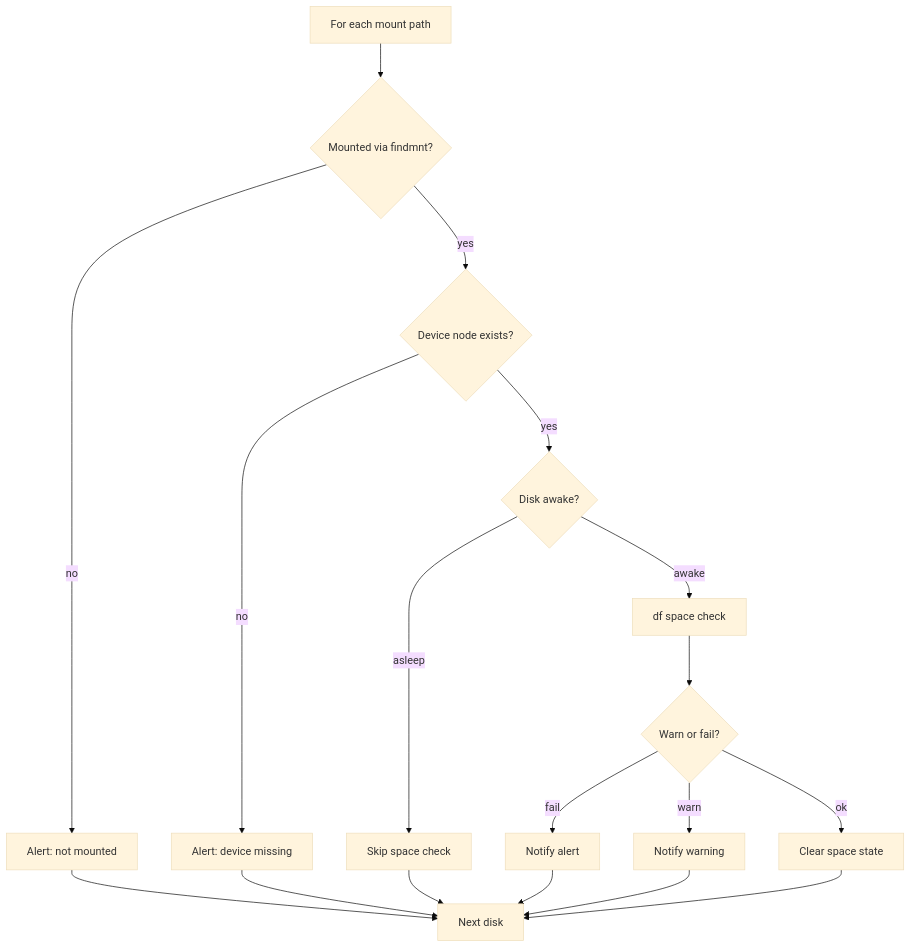
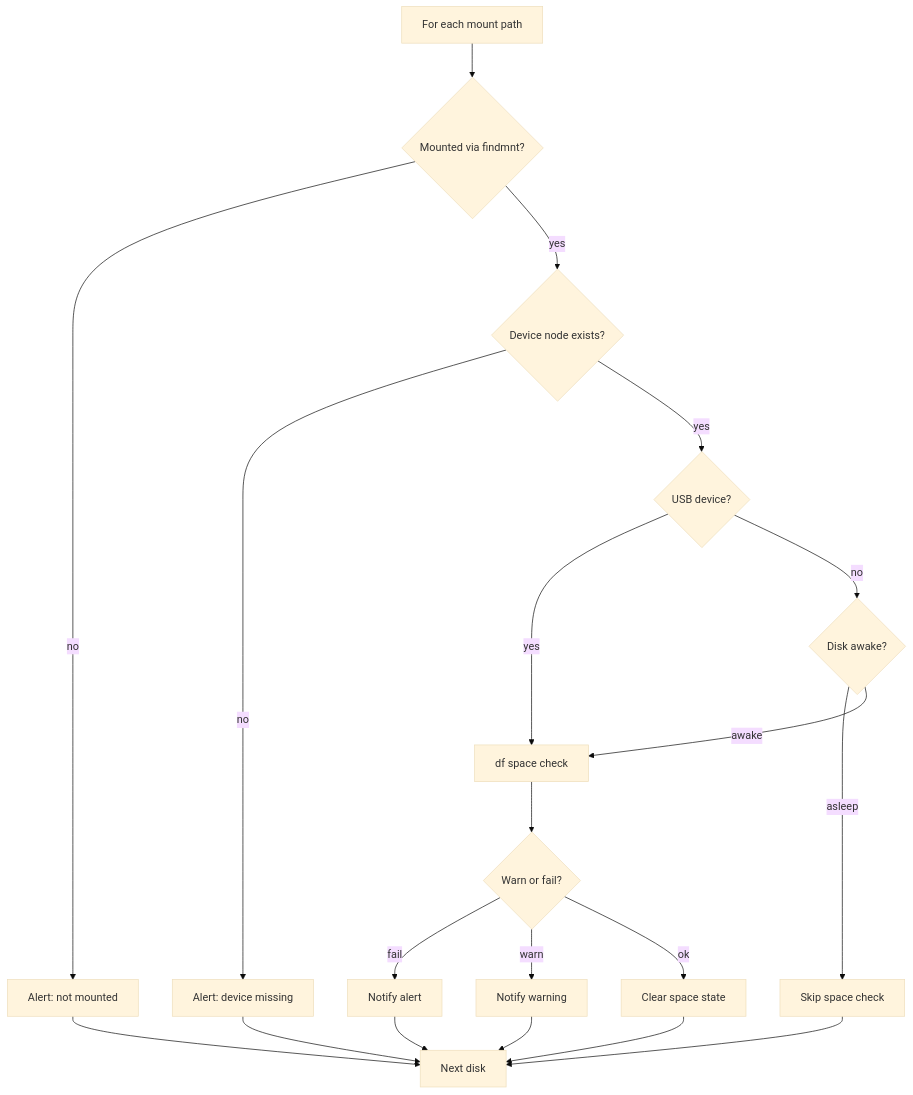
Before and after one commit to jorgenjanssonlee/unraid-unassigned-disks-monitor: the diagram in README.md, drawn with Mermaid (base theme). The commit also changed other lines of this file and 1 other file, not shown here.

First line of the commit message:
Harden USB space checks, remount alerts, and syslog noise.

````diff
--- a/README.md
+++ b/README.md
@@ -106,20 +113,22 @@
 ```mermaid
 flowchart TD
   start[For each mount path] --> mounted{Mounted via findmnt?}
   mounted -->|no| alertMissing[Alert: not mounted]
   mounted -->|yes| device{Device node exists?}
   device -->|no| alertDevice[Alert: device missing]
-  device -->|yes| power{Disk awake?}
+  device -->|yes| usb{USB device?}
+  usb -->|yes| space[df space check]
+  usb -->|no| power{Disk awake?}
   power -->|asleep| skipSpace[Skip space check]
-  power -->|awake| space[df space check]
+  power -->|awake| space
   space --> thresh{Warn or fail?}
   thresh -->|fail| alertFail[Notify alert]
   thresh -->|warn| alertWarn[Notify warning]
   thresh -->|ok| clearSpace[Clear space state]
   skipSpace --> endNode[Next disk]
   alertMissing --> endNode
   alertDevice --> endNode
   alertFail --> endNode
   alertWarn --> endNode
   clearSpace --> endNode
 ```
````
